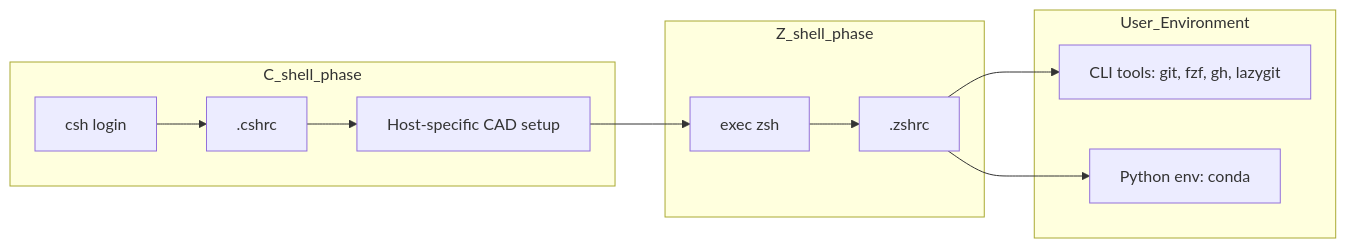
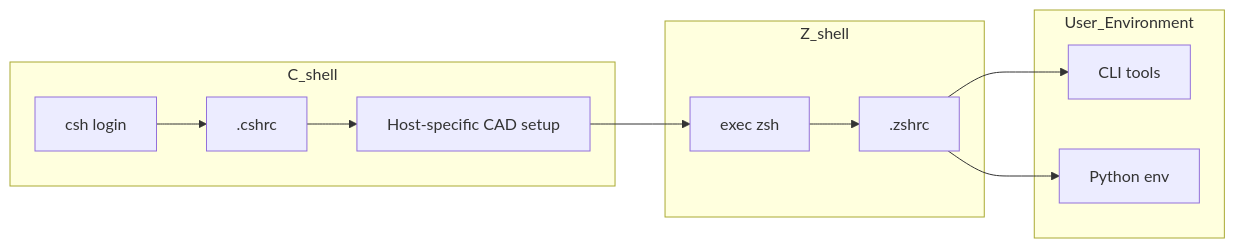
One commit to su-ito-lab/dotfiles changed the diagram in README.md. Above: the diagram before and after it, drawn with Mermaid. The commit also changed other lines of this file and 24 other files, not shown here.

First line of the commit message:
feat: automate environment setup with bootstrap and setup scripts (#2)

````diff
--- a/README.md
+++ b/README.md
@@ -40,27 +54,22 @@
 ```mermaid
 flowchart LR
-    A[csh login] --> B[.cshrc]
-    B --> C[Host-specific CAD setup]
-    C --> D[exec zsh]
-
-    D --> E[.zshrc]
-
-    subgraph User_Environment
-        F[CLI tools: git, fzf, gh, lazygit]
-        G[Python env: conda]
-    end
-
-    E --> F
-    E --> G
-
-    subgraph C_shell_phase
-        A
-        B
-        C
-    end
-
-    subgraph Z_shell_phase
-        D
-        E
-    end
+  A[csh login] --> B[.cshrc]
+  B --> C[Host-specific CAD setup]
+  C --> D[exec zsh]
+  D --> E[.zshrc]
+  E --> F
+  E --> G
+  subgraph C_shell
+      A
+      B
+      C
+  end
+  subgraph Z_shell
+      D
+      E
+  end
+  subgraph User_Environment
+      F[CLI tools]
+      G[Python env]
+  end
 ```
````
